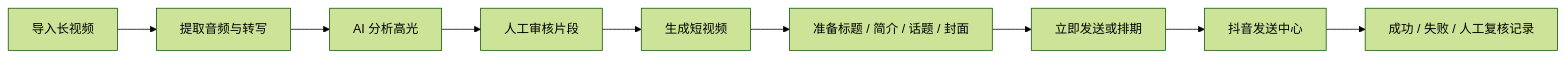
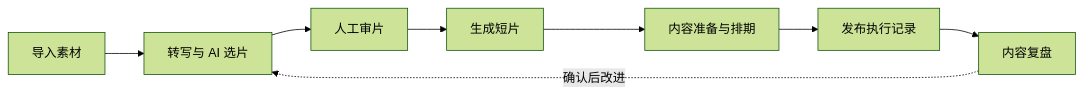
One commit to damingishere-coder/Ai-Clip-Workflow changed the diagram in README.md. Above: the diagram before and after it, drawn with Mermaid (forest theme). The commit also changed other lines of this file and 147 other files, not shown here.

````diff
--- a/README.md
+++ b/README.md
@@ -74,11 +31,10 @@
 ```mermaid
 flowchart LR
-    A[导入长视频] --> B[提取音频与转写]
-    B --> C[AI 分析高光]
-    C --> D[人工审核片段]
-    D --> E[生成短视频]
-    E --> F[准备标题 / 简介 / 话题 / 封面]
-    F --> G[立即发送或排期]
-    G --> H[抖音发送中心]
-    H --> I[成功 / 失败 / 人工复核记录]
+    A[导入素材] --> B[转写与 AI 选片]
+    B --> C[人工审片]
+    C --> D[生成短片]
+    D --> E[内容准备与排期]
+    E --> F[发布执行记录]
+    F --> G[内容复盘]
+    G -. 确认后改进 .-> B
 ```
````
